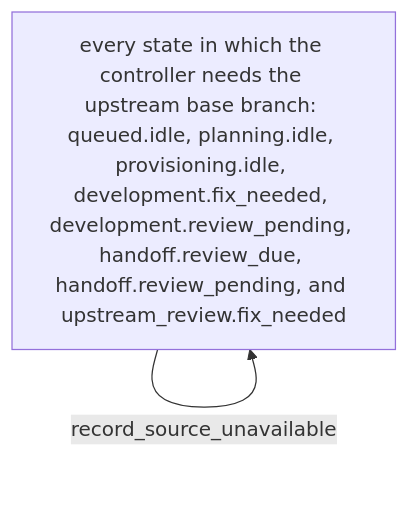
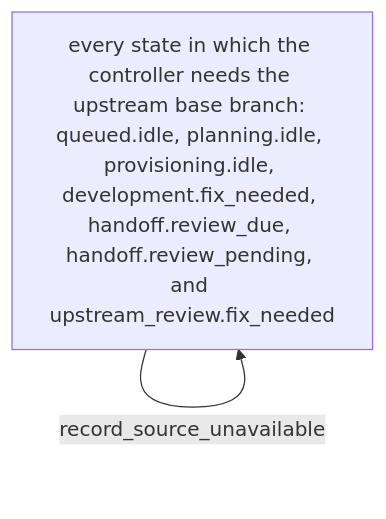
Before and after one commit to riseproject-dev/porting-agent: diagram 35 of 36 in docs/state-machine/index.md, drawn with Mermaid. The commit also changed other lines of this file and 109 other files, not shown here.

````diff
--- a/docs/state-machine/index.md
+++ b/docs/state-machine/index.md
@@ -1110,6 +1063,6 @@
 ```mermaid
 flowchart TB
-    any["every state in which the controller needs the upstream base branch: queued.idle, planning.idle, provisioning.idle, development.fix_needed, development.review_pending, handoff.review_due, handoff.review_pending, and upstream_review.fix_needed"]
+    any["every state in which the controller needs the upstream base branch: queued.idle, planning.idle, provisioning.idle, development.fix_needed, handoff.review_due, handoff.review_pending, and upstream_review.fix_needed"]
 
     any -->|record_source_unavailable| any
 ```
````
